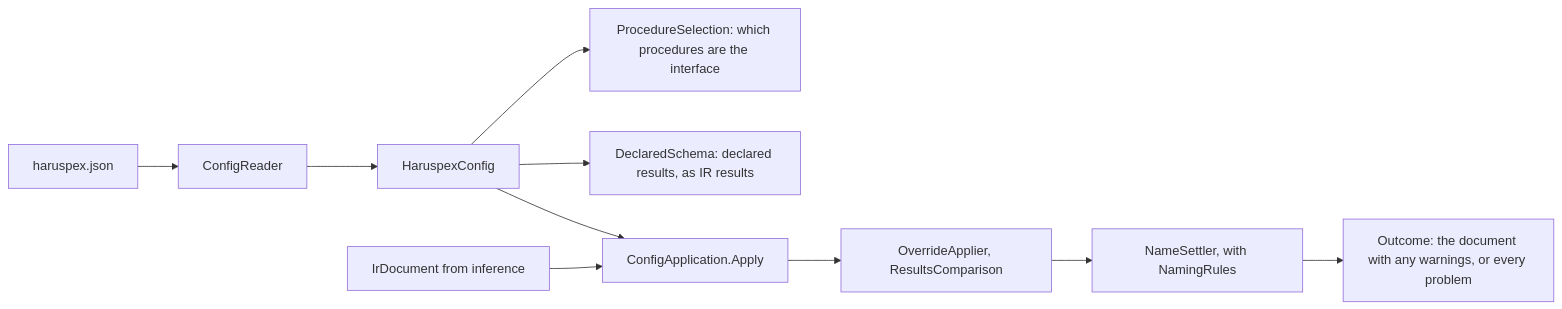
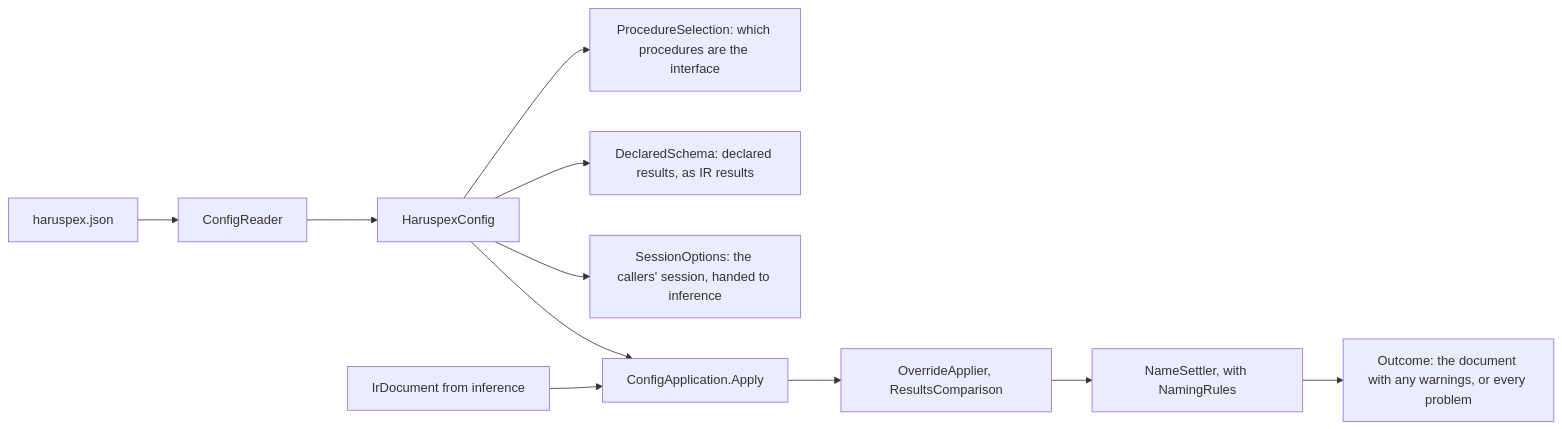
The diagram in src/Haruspex.Config/README.md (haruspex-tools/haruspex), drawn with Mermaid before and after one commit. The commit also changed other lines of this file and 35 other files, not shown here.

````diff
--- a/src/Haruspex.Config/README.md
+++ b/src/Haruspex.Config/README.md
@@ -12,12 +12,13 @@
 ```mermaid
 flowchart LR
     file["haruspex.json"] --> reader["ConfigReader"]
     reader --> config["HaruspexConfig"]
     config --> selection["ProcedureSelection: which procedures are the interface"]
     config --> declared["DeclaredSchema: declared results, as IR results"]
+    config --> session["SessionOptions: the callers' session, handed to inference"]
     inferred["IrDocument from inference"] --> apply["ConfigApplication.Apply"]
     config --> apply
     apply --> overrides["OverrideApplier, ResultsComparison"]
     overrides --> names["NameSettler, with NamingRules"]
     names --> applied["Outcome: the document with any warnings, or every problem"]
 ```
````
